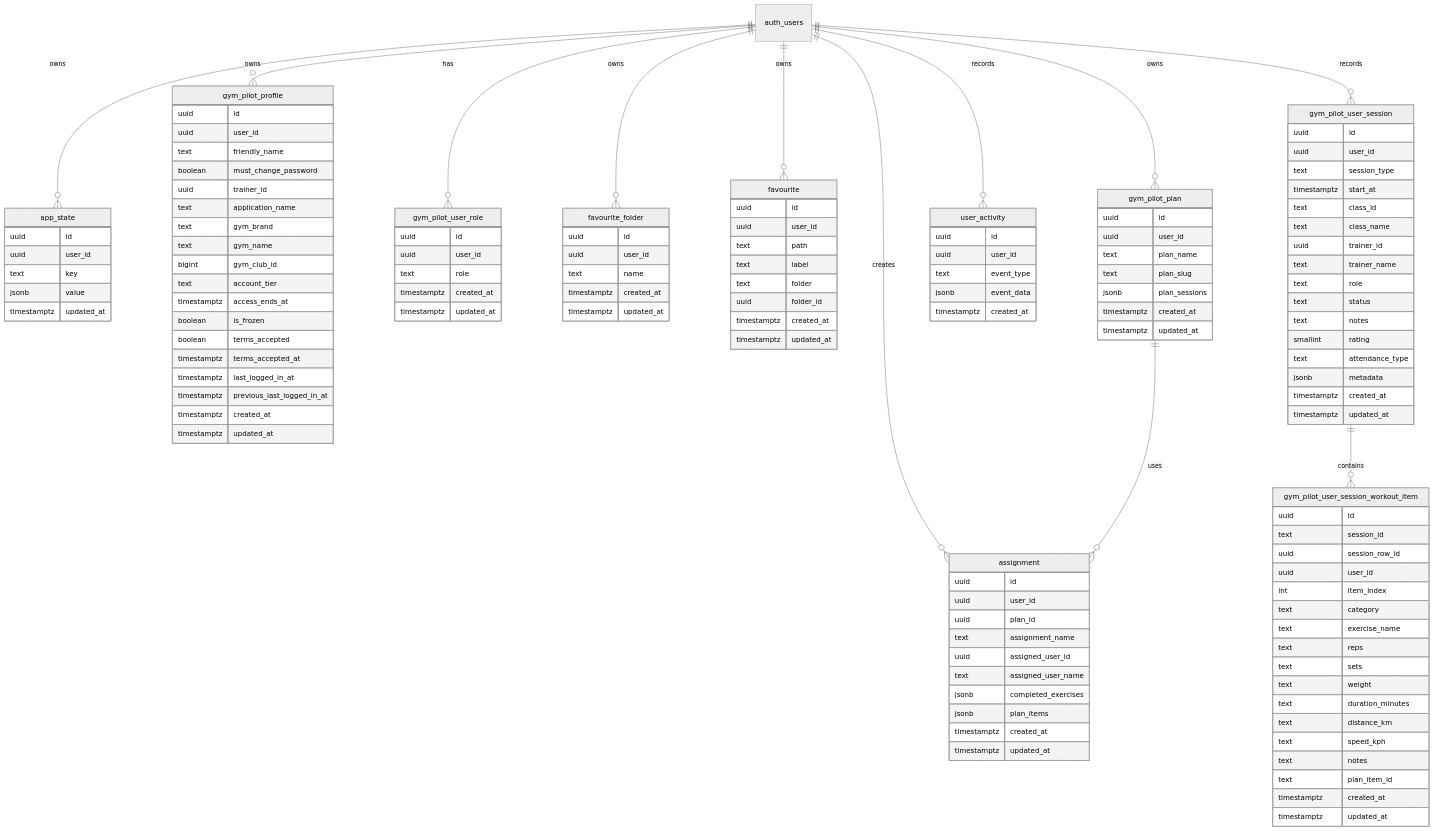
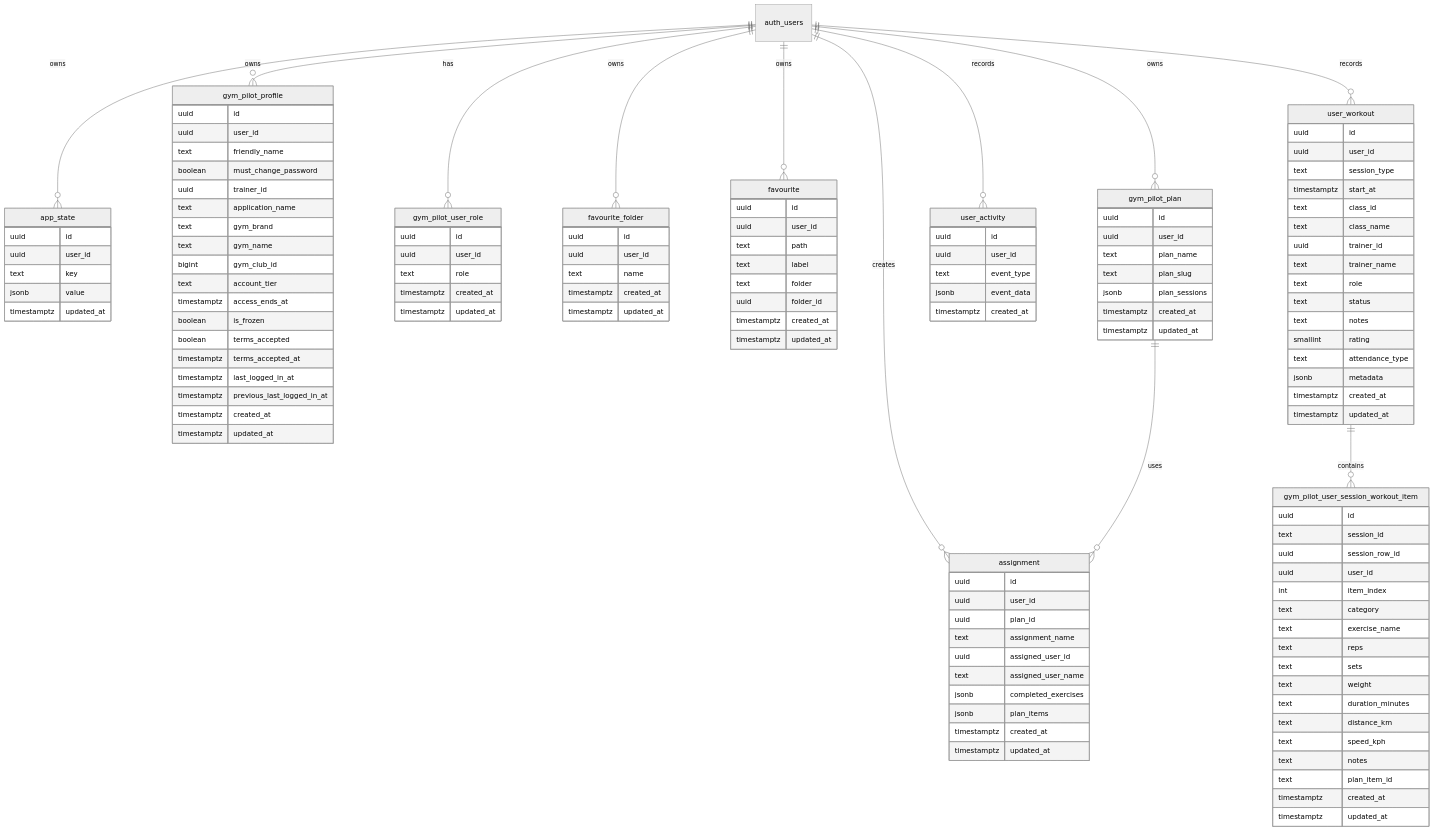
One commit to asudbury/gym-pilot changed the diagram in docs/data-schema.md. Above: the diagram before and after it, drawn with Mermaid (neutral theme). The commit also changed other lines of this file and 6 other files, not shown here.

```diff
--- a/docs/data-schema.md
+++ b/docs/data-schema.md
@@ -224,9 +224,9 @@
     auth_users ||--o{ gym_pilot_plan : owns
     auth_users ||--o{ assignment : creates
     auth_users ||--o{ user_activity : records
-    auth_users ||--o{ gym_pilot_user_session : records
+    auth_users ||--o{ user_workout : records
     gym_pilot_plan ||--o{ assignment : uses
-    gym_pilot_user_session ||--o{ gym_pilot_user_session_workout_item : contains
+    user_workout ||--o{ gym_pilot_user_session_workout_item : contains
 
     app_state {
         uuid id
@@ -315,7 +315,7 @@
         timestamptz created_at
     }
 
-    gym_pilot_user_session {
+    user_workout {
         uuid id
         uuid user_id
         text session_type
```
